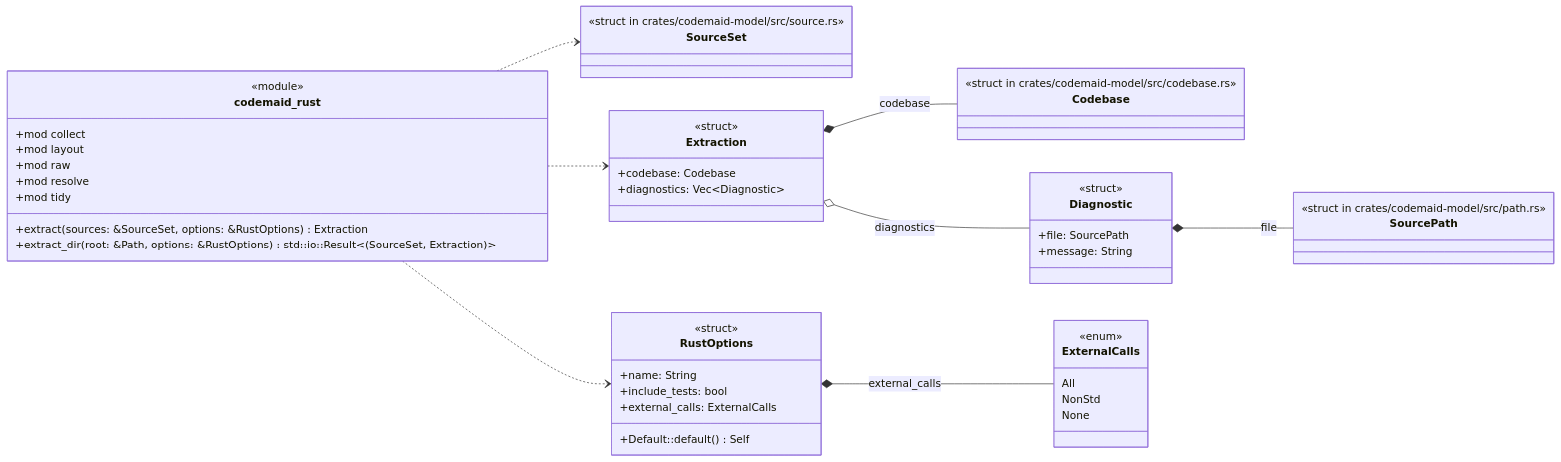
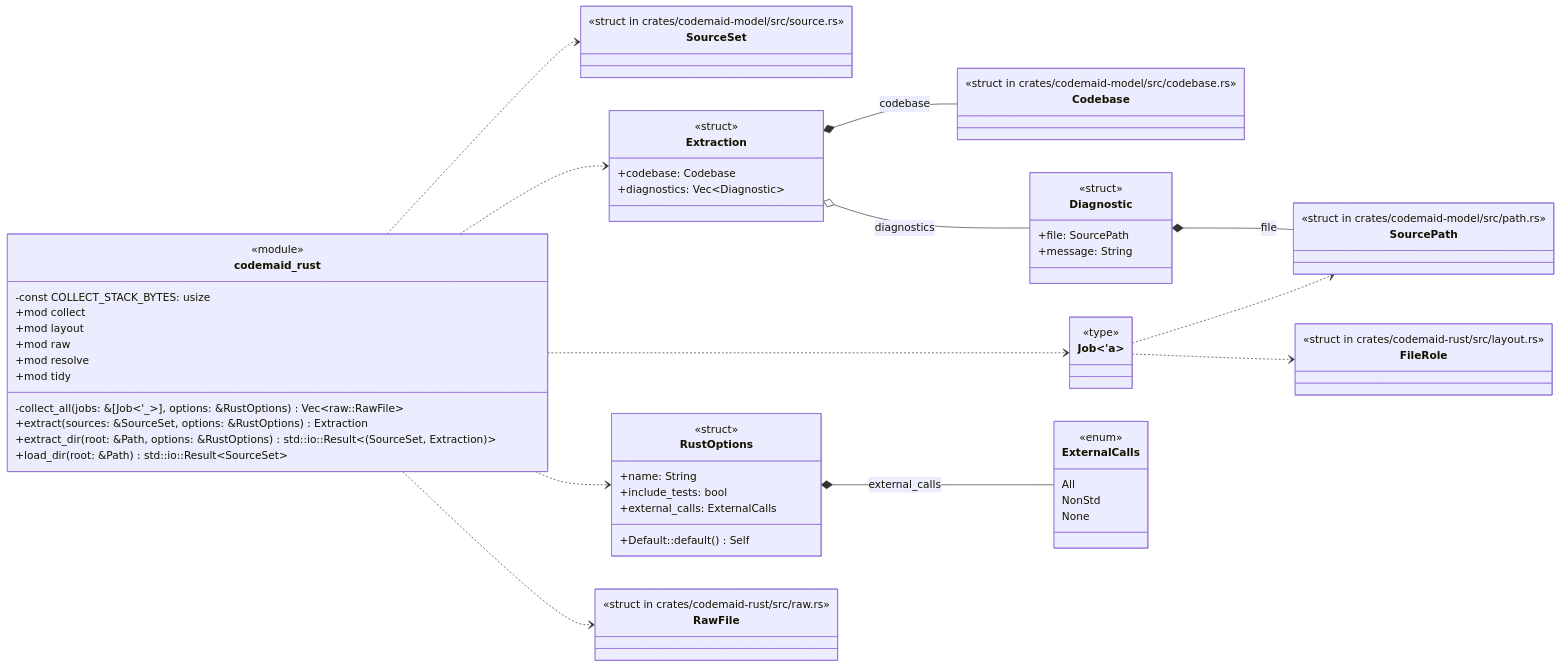
The first of 5 diagrams in docs/codemaid/crates/codemaid-rust/src/lib.rs.md (DreamLab-AI/codemaid), drawn with Mermaid before and after one commit. The commit also changed other lines of this file and 29 other files, not shown here.

````diff
--- a/docs/codemaid/crates/codemaid-rust/src/lib.rs.md
+++ b/docs/codemaid/crates/codemaid-rust/src/lib.rs.md
@@ -14,53 +14,69 @@
 ```mermaid
 classDiagram
   direction LR
   class codemaid_rust__Diagnostic["Diagnostic"] {
     <<struct>>
     +file: SourcePath
     +message: String
   }
   class codemaid_rust__ExternalCalls["ExternalCalls"] {
     <<enum>>
     All
     NonStd
     None
   }
   class codemaid_rust__Extraction["Extraction"] {
     <<struct>>
     +codebase: Codebase
     +diagnostics: Vec#lt;Diagnostic#gt;
   }
+  class codemaid_rust__Job["Job#lt;'a#gt;"] {
+    <<type>>
+  }
   class codemaid_rust__RustOptions["RustOptions"] {
     <<struct>>
     +name: String
     +include_tests: bool
     +external_calls: ExternalCalls
     +Default::default() Self
   }
   class codemaid_rust {
     <<module>>
+    -const COLLECT_STACK_BYTES: usize
     +mod collect
+    -collect_all(jobs: &[Job#lt;'_#gt;], options: &RustOptions) Vec#lt;raw::RawFile#gt;
     +extract(sources: &SourceSet, options: &RustOptions) Extraction
     +extract_dir(root: &Path, options: &RustOptions) std::io::Result#lt;#40;SourceSet, Extraction#41;#gt;
     +mod layout
+    +load_dir(root: &Path) std::io::Result#lt;SourceSet#gt;
     +mod raw
     +mod resolve
     +mod tidy
   }
   class codemaid_model__source__SourceSet["SourceSet"] {
     <<struct in crates/codemaid-model/src/source.rs>>
   }
+  class codemaid_rust__raw__RawFile["RawFile"] {
+    <<struct in crates/codemaid-rust/src/raw.rs>>
+  }
   class codemaid_model__path__SourcePath["SourcePath"] {
     <<struct in crates/codemaid-model/src/path.rs>>
   }
   class codemaid_model__codebase__Codebase["Codebase"] {
     <<struct in crates/codemaid-model/src/codebase.rs>>
   }
+  class codemaid_rust__layout__FileRole["FileRole"] {
+    <<struct in crates/codemaid-rust/src/layout.rs>>
+  }
   codemaid_rust ..> codemaid_model__source__SourceSet
   codemaid_rust ..> codemaid_rust__Extraction
+  codemaid_rust ..> codemaid_rust__Job
   codemaid_rust ..> codemaid_rust__RustOptions
+  codemaid_rust ..> codemaid_rust__raw__RawFile
   codemaid_rust__Diagnostic *-- codemaid_model__path__SourcePath : file
   codemaid_rust__Extraction *-- codemaid_model__codebase__Codebase : codebase
   codemaid_rust__Extraction o-- codemaid_rust__Diagnostic : diagnostics
+  codemaid_rust__Job ..> codemaid_model__path__SourcePath
+  codemaid_rust__Job ..> codemaid_rust__layout__FileRole
   codemaid_rust__RustOptions *-- codemaid_rust__ExternalCalls : external_calls
 ```
````
